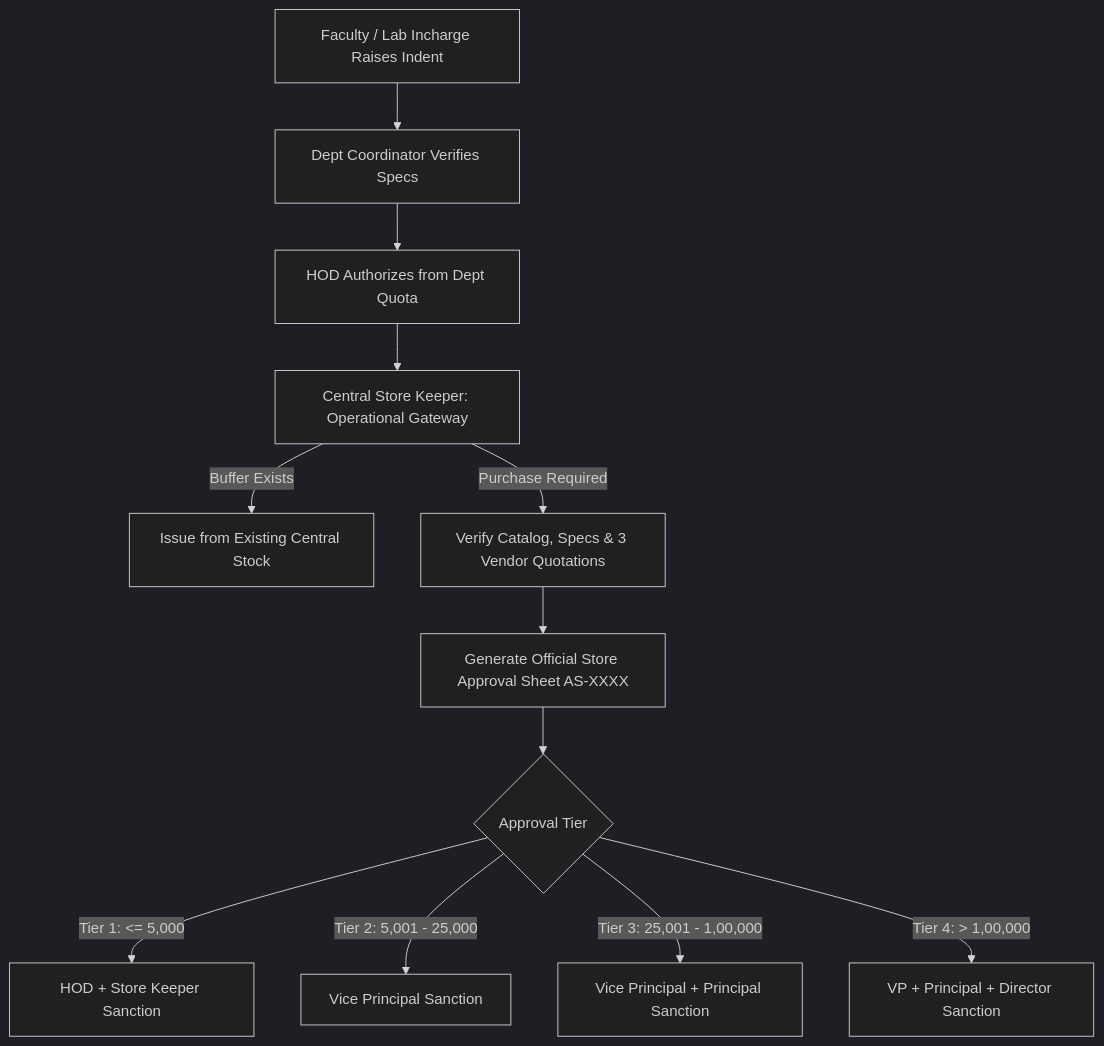
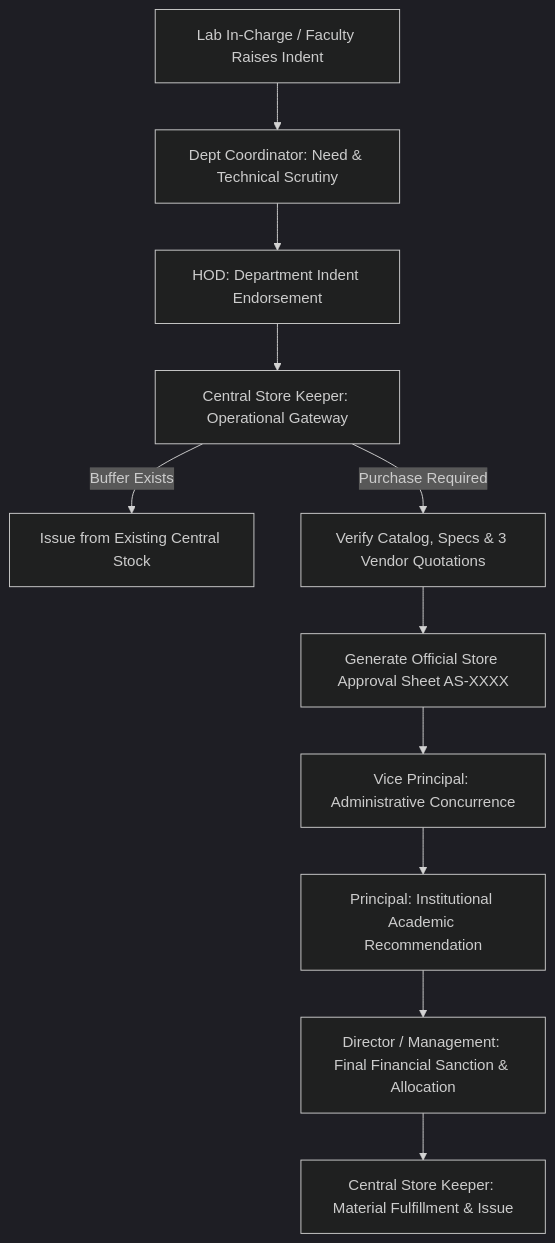
One commit to tech-shakil/msec-smart-stock changed the diagram in docs/UI_DOCUMENTATION.md. Above: the diagram before and after it, drawn with Mermaid (dark theme). The commit also changed other lines of this file and 6 other files, not shown here.

````diff
--- a/docs/UI_DOCUMENTATION.md
+++ b/docs/UI_DOCUMENTATION.md
@@ -69,14 +82,13 @@
 ```mermaid
 graph TD
-    A[Faculty / Lab Incharge Raises Indent] --> B[Dept Coordinator Verifies Specs]
-    B --> C[HOD Authorizes from Dept Quota]
+    A[Lab In-Charge / Faculty Raises Indent] --> B[Dept Coordinator: Need & Technical Scrutiny]
+    B --> C[HOD: Department Indent Endorsement]
     C --> D[Central Store Keeper: Operational Gateway]
     D -->|Buffer Exists| E[Issue from Existing Central Stock]
     D -->|Purchase Required| F[Verify Catalog, Specs & 3 Vendor Quotations]
     F --> G[Generate Official Store Approval Sheet AS-XXXX]
-    G --> H{Approval Tier}
-    H -->|Tier 1: <= 5,000| I[HOD + Store Keeper Sanction]
-    H -->|Tier 2: 5,001 - 25,000| J[Vice Principal Sanction]
-    H -->|Tier 3: 25,001 - 1,00,000| K[Vice Principal + Principal Sanction]
-    H -->|Tier 4: > 1,00,000| L[VP + Principal + Director Sanction]
+    G --> H[Vice Principal: Administrative Concurrence]
+    H --> I[Principal: Institutional Academic Recommendation]
+    I --> J[Director / Management: Final Financial Sanction & Allocation]
+    J --> K[Central Store Keeper: Material Fulfillment & Issue]
 ```
````
